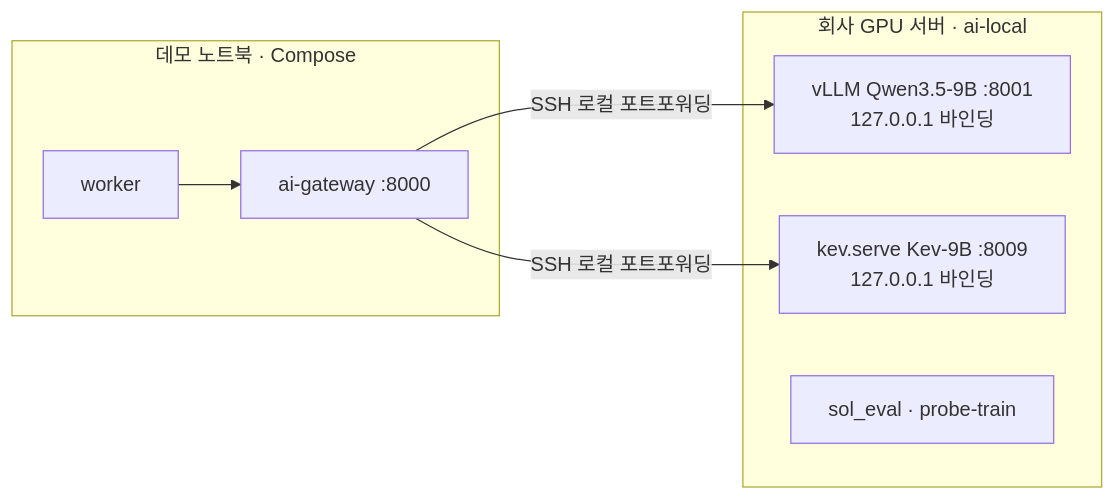
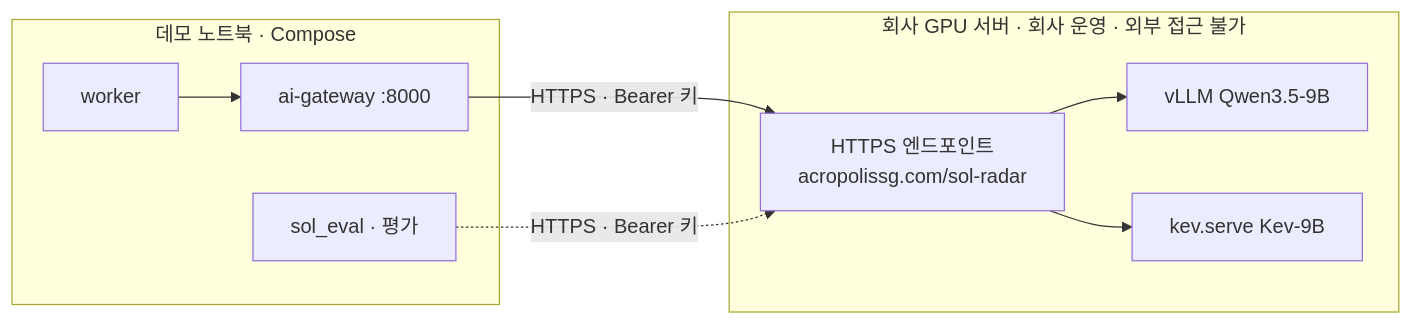
The diagram in docs/10-DEPLOYMENT.md (solideoai/sol-radar), drawn with Mermaid before and after one commit. The commit also changed other lines of this file and 7 other files, not shown here.

````diff
--- a/docs/10-DEPLOYMENT.md
+++ b/docs/10-DEPLOYMENT.md
@@ -120,13 +120,14 @@
 ```mermaid
 flowchart LR
  subgraph LAPTOP[데모 노트북 · Compose]
   W[worker] --> G[ai-gateway :8000]
+  E[sol_eval · 평가]
  end
- subgraph GPU[회사 GPU 서버 · ai-local]
-  Q[vLLM Qwen3.5-9B :8001<br/>127.0.0.1 바인딩]
-  K[kev.serve Kev-9B :8009<br/>127.0.0.1 바인딩]
-  E[sol_eval · probe-train]
+ subgraph GPU[회사 GPU 서버 · 회사 운영 · 외부 접근 불가]
+  EP[HTTPS 엔드포인트<br/>acropolissg.com/sol-radar]
+  EP --> Q[vLLM Qwen3.5-9B]
+  EP --> K[kev.serve Kev-9B]
  end
- G -- SSH 로컬 포트포워딩 --> Q
- G -- SSH 로컬 포트포워딩 --> K
+ G -- HTTPS · Bearer 키 --> EP
+ E -. HTTPS · Bearer 키 .-> EP
 ```
````
